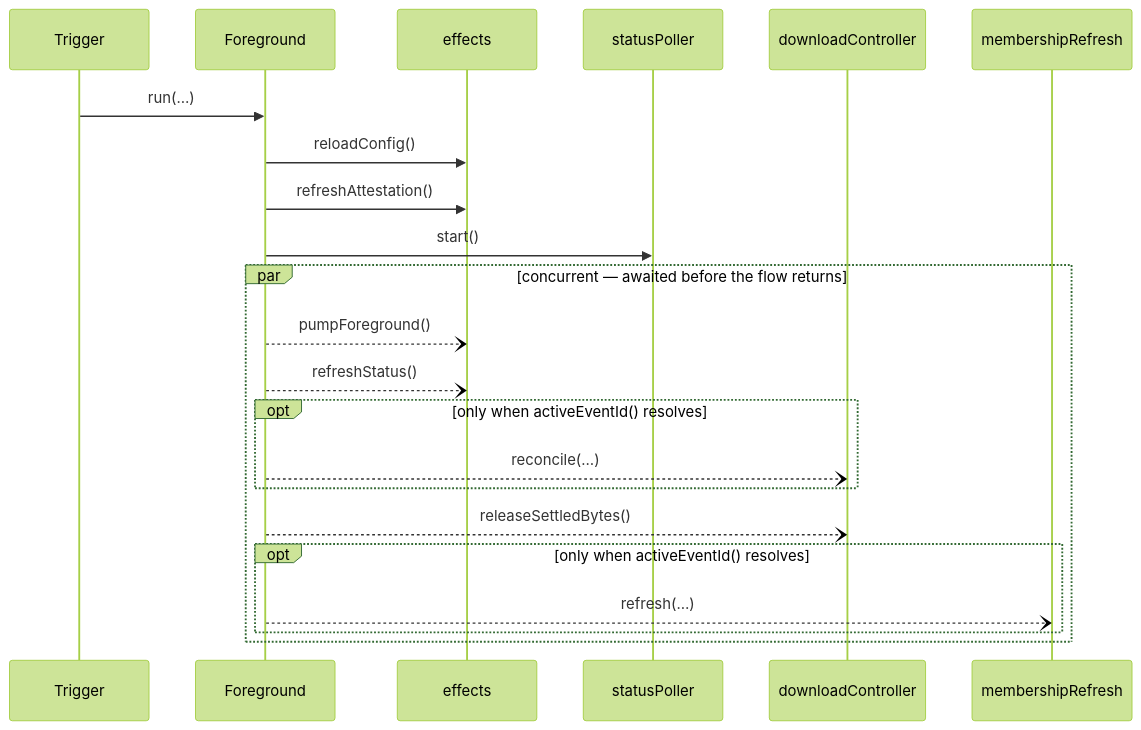
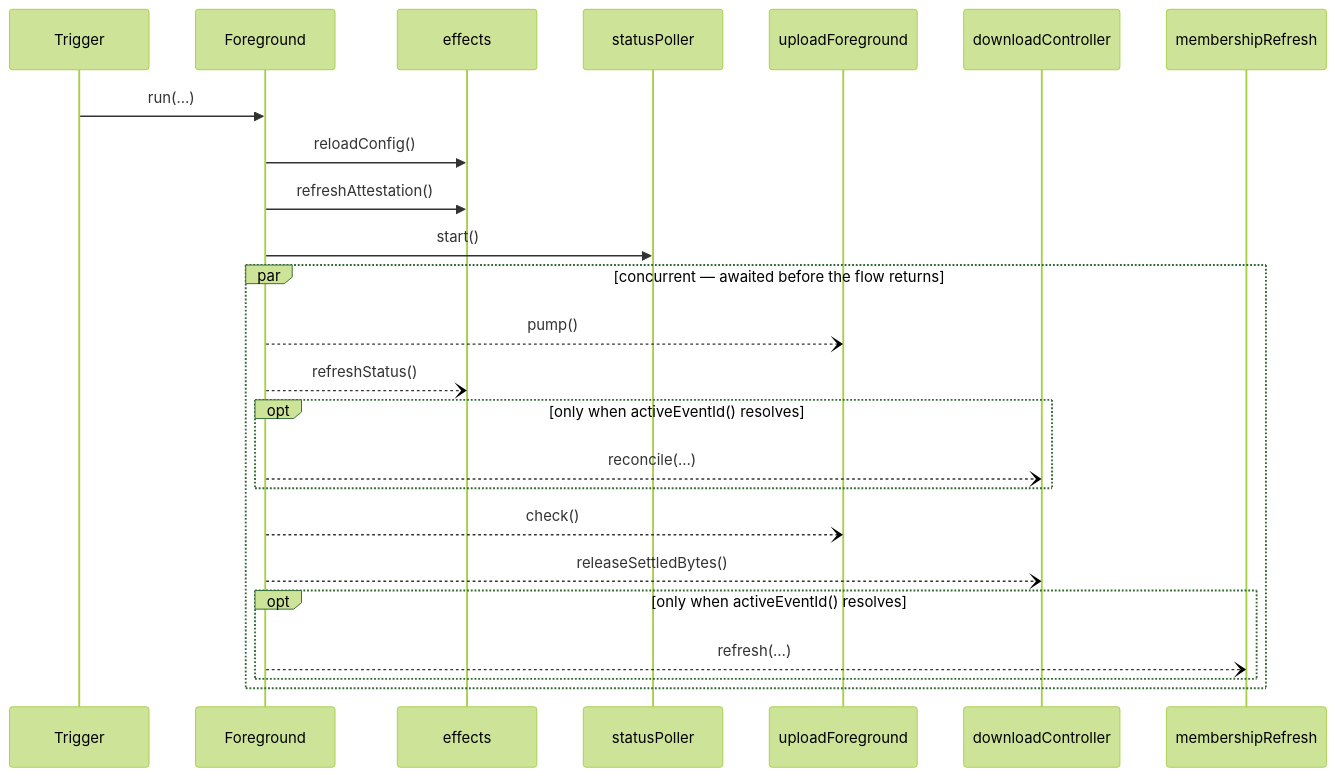
One commit to stefanhoelzl/SnapSync changed the diagram in architecture/flows/Foreground.md. Above: the diagram before and after it, drawn with Mermaid (forest theme). The commit also changed 28 other files, not shown here.

````diff
--- a/architecture/flows/Foreground.md
+++ b/architecture/flows/Foreground.md
@@ -14,24 +14,26 @@
 ```mermaid
 sequenceDiagram
   participant Trigger
   participant Foreground
   participant effects
   participant statusPoller
+  participant uploadForeground
   participant downloadController
   participant membershipRefresh
   Trigger->>Foreground: run(…)
   Foreground->>effects: reloadConfig()
   Foreground->>effects: refreshAttestation()
   Foreground->>statusPoller: start()
   par concurrent — awaited before the flow returns
-    Foreground--)effects: pumpForeground()
+    Foreground--)uploadForeground: pump()
     Foreground--)effects: refreshStatus()
     opt only when activeEventId() resolves
       Foreground--)downloadController: reconcile(…)
     end
+    Foreground--)uploadForeground: check()
     Foreground--)downloadController: releaseSettledBytes()
     opt only when activeEventId() resolves
       Foreground--)membershipRefresh: refresh(…)
     end
   end
 ```
````
